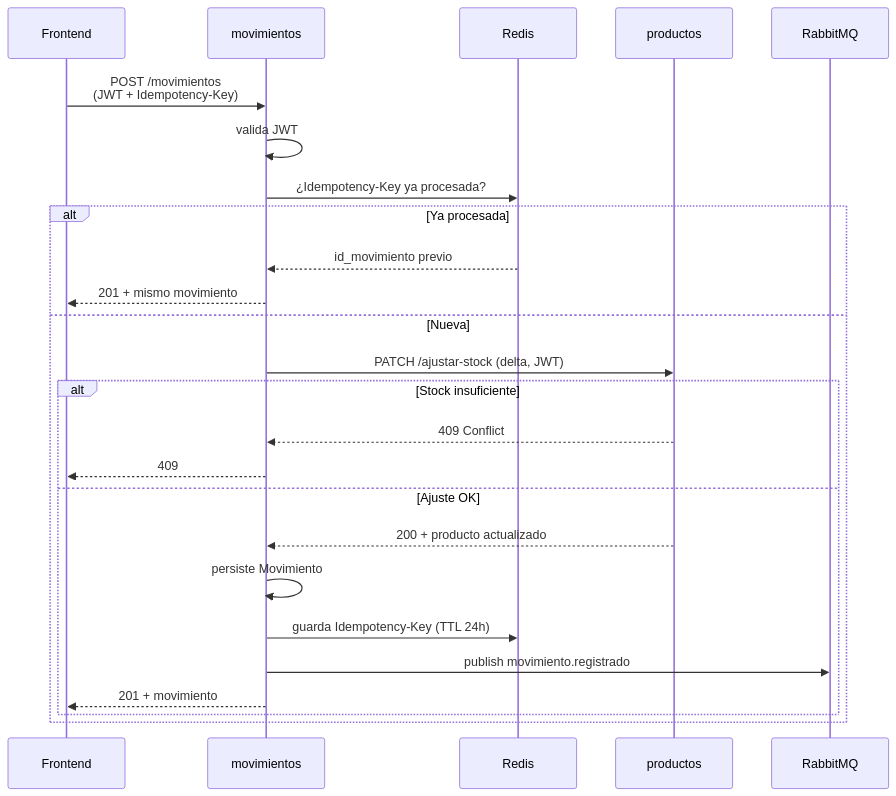
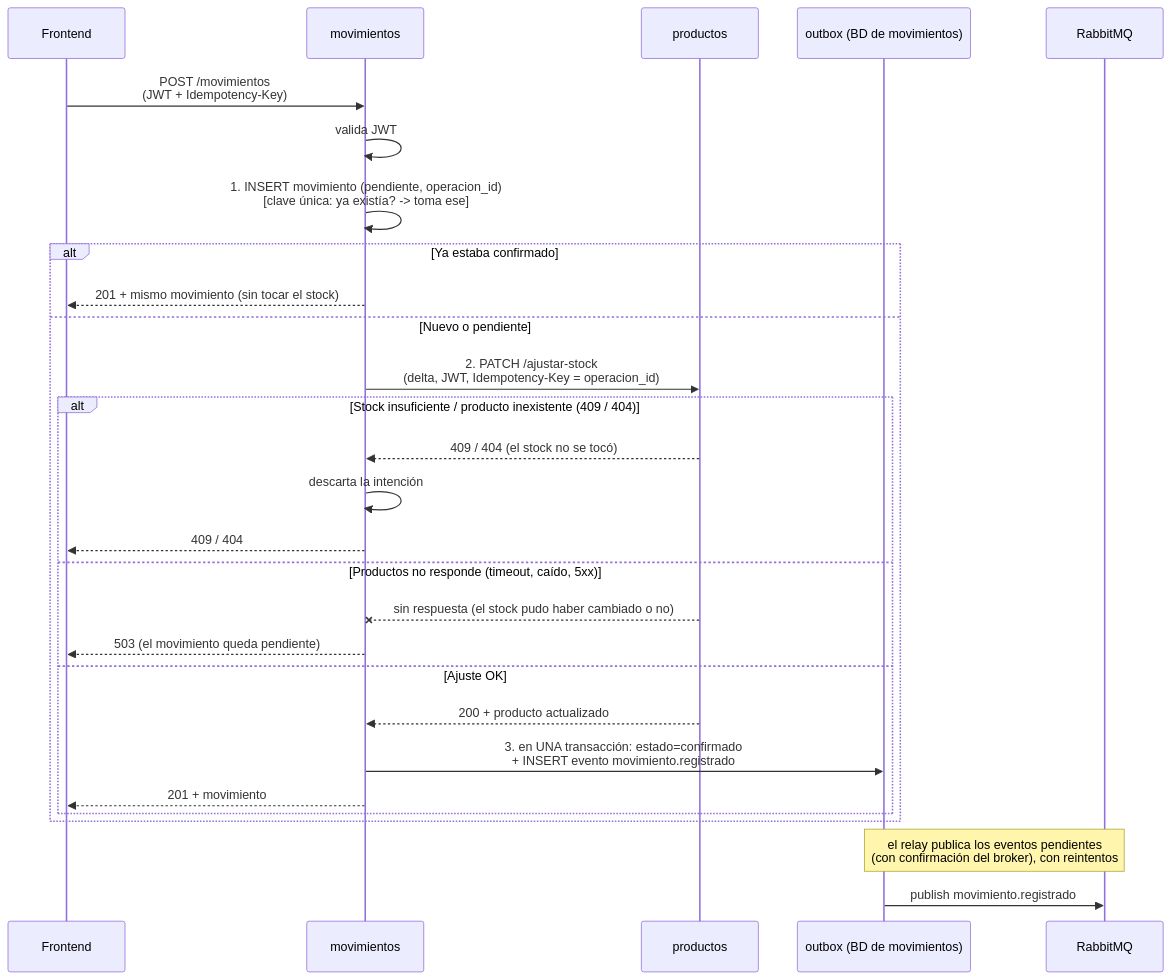
One commit to sebasado77062/Gestor_de_stock_jugueteria changed the third of 6 diagrams in docs/ARQUITECTURA.md. Above: the diagram before and after it, drawn with Mermaid. The commit also changed other lines of this file and 7 other files, not shown here.

````diff
--- a/docs/ARQUITECTURA.md
+++ b/docs/ARQUITECTURA.md
@@ -100,28 +111,31 @@
 ```mermaid
 sequenceDiagram
     participant FE as Frontend
     participant MOV as movimientos
-    participant R as Redis
     participant P as productos
+    participant OB as outbox (BD de movimientos)
     participant MQ as RabbitMQ
 
     FE->>MOV: POST /movimientos<br/>(JWT + Idempotency-Key)
     MOV->>MOV: valida JWT
-    MOV->>R: ¿Idempotency-Key ya procesada?
-    alt Ya procesada
-        R-->>MOV: id_movimiento previo
-        MOV-->>FE: 201 + mismo movimiento
-    else Nueva
-        MOV->>P: PATCH /ajustar-stock (delta, JWT)
-        alt Stock insuficiente
-            P-->>MOV: 409 Conflict
-            MOV-->>FE: 409
+    MOV->>MOV: 1. INSERT movimiento (pendiente, operacion_id)<br/>[clave única: ya existía? -> toma ese]
+    alt Ya estaba confirmado
+        MOV-->>FE: 201 + mismo movimiento (sin tocar el stock)
+    else Nuevo o pendiente
+        MOV->>P: 2. PATCH /ajustar-stock<br/>(delta, JWT, Idempotency-Key = operacion_id)
+        alt Stock insuficiente / producto inexistente (409 / 404)
+            P-->>MOV: 409 / 404 (el stock no se tocó)
+            MOV->>MOV: descarta la intención
+            MOV-->>FE: 409 / 404
+        else Productos no responde (timeout, caído, 5xx)
+            P--xMOV: sin respuesta (el stock pudo haber cambiado o no)
+            MOV-->>FE: 503 (el movimiento queda pendiente)
         else Ajuste OK
             P-->>MOV: 200 + producto actualizado
-            MOV->>MOV: persiste Movimiento
-            MOV->>R: guarda Idempotency-Key (TTL 24h)
-            MOV->>MQ: publish movimiento.registrado
+            MOV->>OB: 3. en UNA transacción: estado=confirmado<br/>+ INSERT evento movimiento.registrado
             MOV-->>FE: 201 + movimiento
         end
     end
+    Note over OB,MQ: el relay publica los eventos pendientes<br/>(con confirmación del broker), con reintentos
+    OB->>MQ: publish movimiento.registrado
 ```
````
